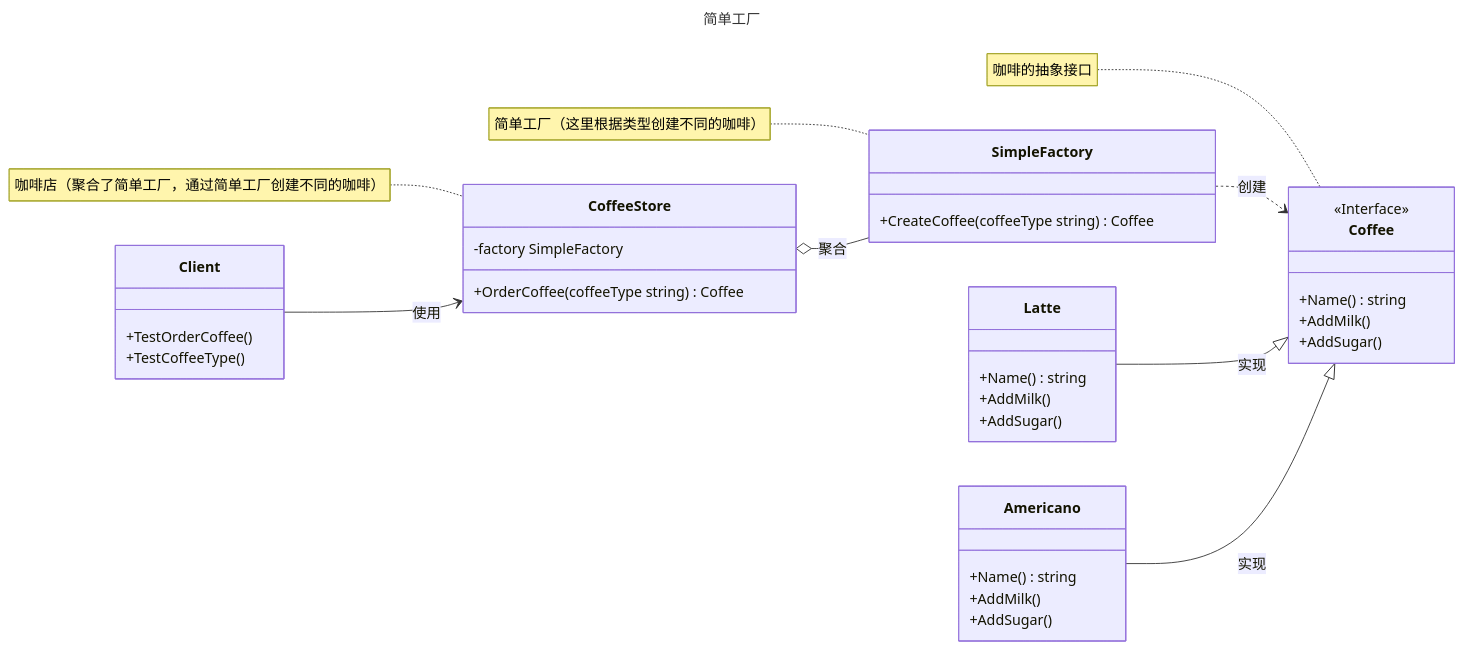
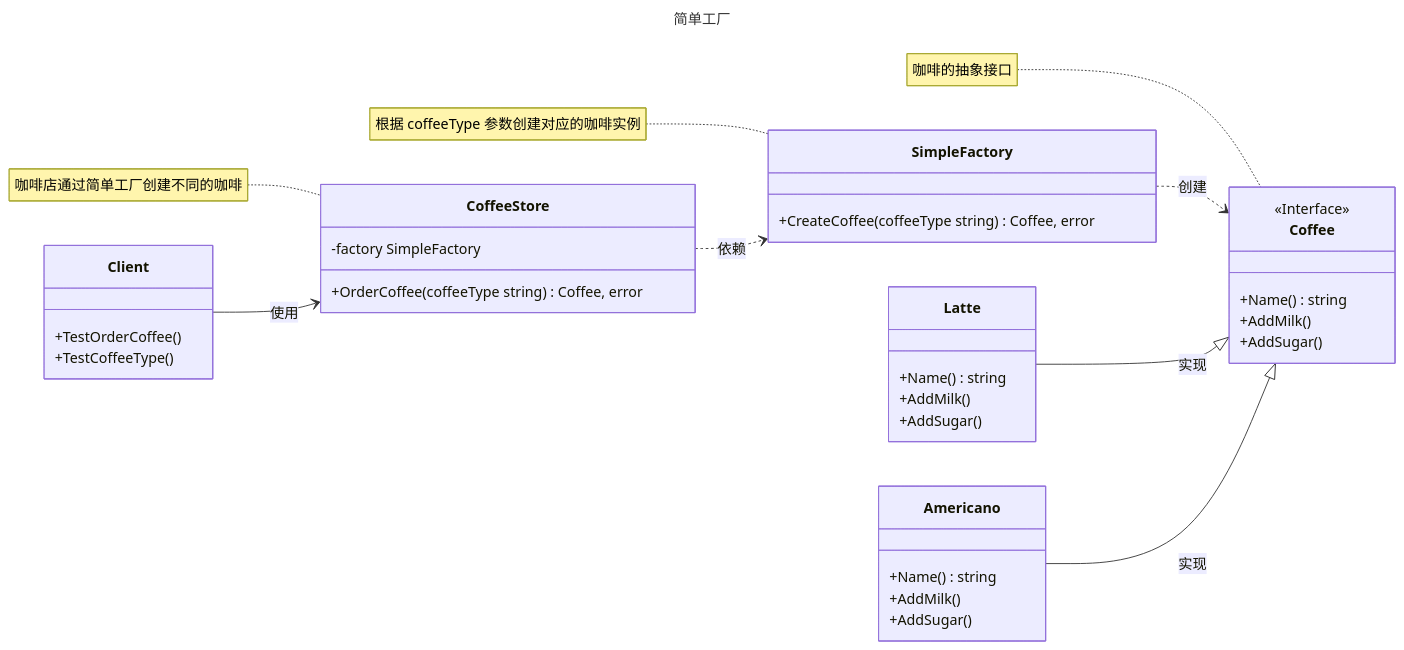
The diagram in docs/zh/后端/01-Golang/03-Golang设计模式/03-简单工厂.md (magicgopher/magicgopher-blog), drawn with Mermaid before and after one commit. The commit also changed other lines of this file and 15 other files, not shown here.

````diff
--- a/docs/zh/后端/01-Golang/03-Golang设计模式/03-简单工厂.md
+++ b/docs/zh/后端/01-Golang/03-Golang设计模式/03-简单工厂.md
@@ -29,62 +29,62 @@
 ```mermaid
 ---
 title: 简单工厂
 ---
 classDiagram
-	direction LR
+    direction LR
 
-	%% 咖啡抽象接口
+    %% 咖啡抽象接口
     class Coffee {
         <<Interface>>
         +Name() string
         +AddMilk()
         +AddSugar()
     }
-	note for Coffee "咖啡的抽象接口"
+    note for Coffee "咖啡的抽象接口"
 
-	%% 具体咖啡（拿铁咖啡）
+    %% 具体咖啡（拿铁咖啡）
     class Latte {
         +Name() string
         +AddMilk()
         +AddSugar()
     }
 
-	%% 具体咖啡（美式咖啡）
+    %% 具体咖啡（美式咖啡）
     class Americano {
         +Name() string
         +AddMilk()
         +AddSugar()
     }
 
-	%% 简单工厂
+    %% 简单工厂
     class SimpleFactory {
-        +CreateCoffee(coffeeType string) Coffee
+        +CreateCoffee(coffeeType string) Coffee, error
     }
-	note for SimpleFactory "简单工厂（这里根据类型创建不同的咖啡）"
+    note for SimpleFactory "根据 coffeeType 参数创建对应的咖啡实例"
 
-	%% 咖啡店（这里聚合了简单工厂）
+    %% 咖啡店（这里依赖简单工厂）
     class CoffeeStore {
         -factory SimpleFactory
-        +OrderCoffee(coffeeType string) Coffee
+        +OrderCoffee(coffeeType string) Coffee, error
     }
-	note for CoffeeStore "咖啡店（聚合了简单工厂，通过简单工厂创建不同的咖啡）"
+    note for CoffeeStore "咖啡店通过简单工厂创建不同的咖啡"
 
-	%% 客户端
+    %% 客户端
     class Client {
         +TestOrderCoffee()
         +TestCoffeeType()
     }
 
-	%% 客户端与咖啡店的关系
+    %% 客户端与咖啡店的关系
     Client --> CoffeeStore : 使用
 
-	%% 咖啡店与简单工厂的关系
-    CoffeeStore o-- SimpleFactory : 聚合
+    %% 咖啡店与简单工厂的关系
+    CoffeeStore ..> SimpleFactory : 依赖
 
-	%% 简单工厂与咖啡的关系
+    %% 简单工厂与咖啡的关系
     SimpleFactory ..> Coffee : 创建
 
-	%% 咖啡与抽象咖啡的关系
+    %% 咖啡与抽象咖啡的关系
     Latte --|> Coffee : 实现
     Americano --|> Coffee : 实现
 ```
````
